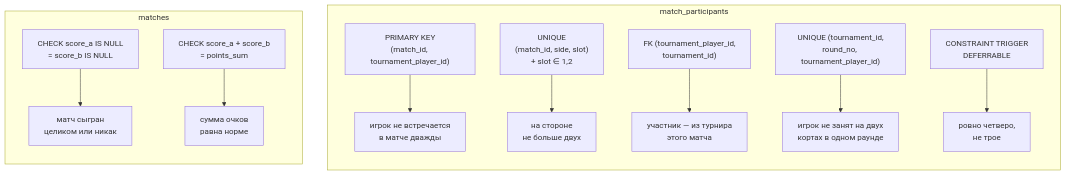
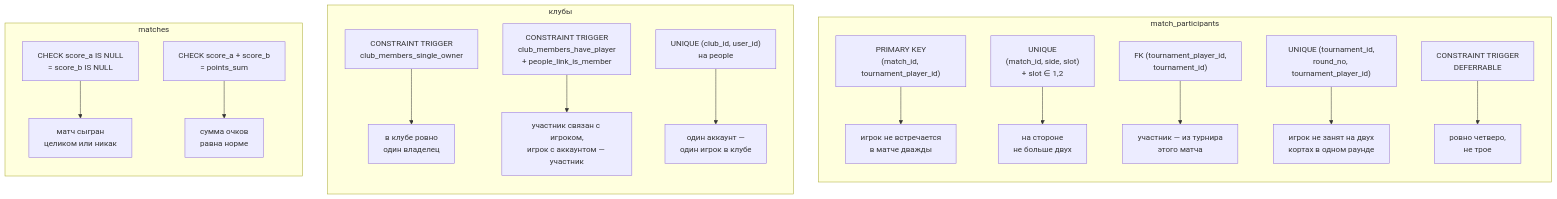
One commit to artempas/padel-tournaments changed the second of 3 diagrams in db/schema.v2.md. Above: the diagram before and after it, drawn with Mermaid. The commit also changed other lines of this file and 47 other files, not shown here.

````diff
--- a/db/schema.v2.md
+++ b/db/schema.v2.md
@@ -116,17 +148,24 @@
 ```mermaid
 flowchart TB
     subgraph mp["match_participants"]
         direction TB
         A["PRIMARY KEY<br/>(match_id, tournament_player_id)"] --> A1["игрок не встречается<br/>в матче дважды"]
         B["UNIQUE<br/>(match_id, side, slot)<br/>+ slot ∈ 1,2"] --> B1["на стороне<br/>не больше двух"]
         C["FK (tournament_player_id,<br/>tournament_id)"] --> C1["участник — из турнира<br/>этого матча"]
         D["UNIQUE (tournament_id,<br/>round_no, tournament_player_id)"] --> D1["игрок не занят на двух<br/>кортах в одном раунде"]
         E["CONSTRAINT TRIGGER<br/>DEFERRABLE"] --> E1["ровно четверо,<br/>не трое"]
     end
 
+    subgraph cl["клубы"]
+        direction TB
+        H["CONSTRAINT TRIGGER<br/>club_members_single_owner"] --> H1["в клубе ровно<br/>один владелец"]
+        I["CONSTRAINT TRIGGER<br/>club_members_have_player<br/>+ people_link_is_member"] --> I1["участник связан с игроком,<br/>игрок с аккаунтом — участник"]
+        J["UNIQUE (club_id, user_id)<br/>на people"] --> J1["один аккаунт —<br/>один игрок в клубе"]
+    end
+
     subgraph m["matches"]
         direction TB
         F["CHECK score_a IS NULL<br/>= score_b IS NULL"] --> F1["матч сыгран<br/>целиком или никак"]
         G["CHECK score_a + score_b<br/>= points_sum"] --> G1["сумма очков<br/>равна норме"]
     end
 ```
````
